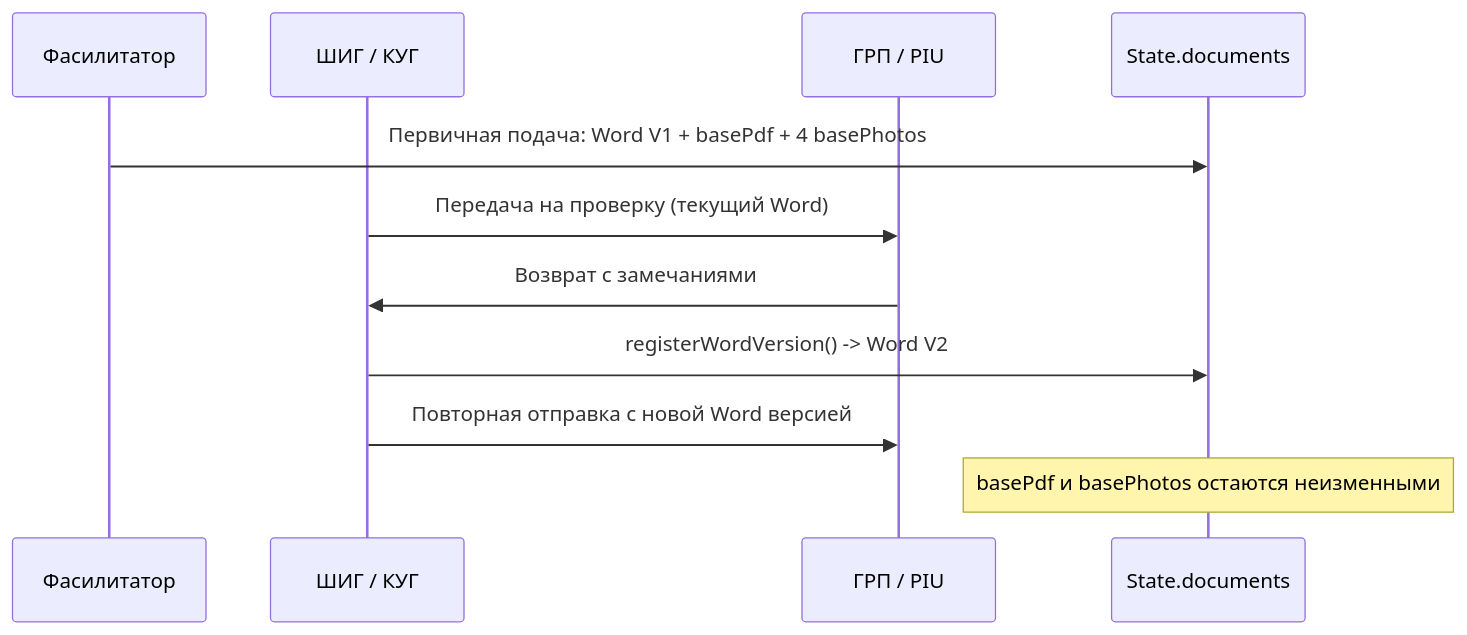
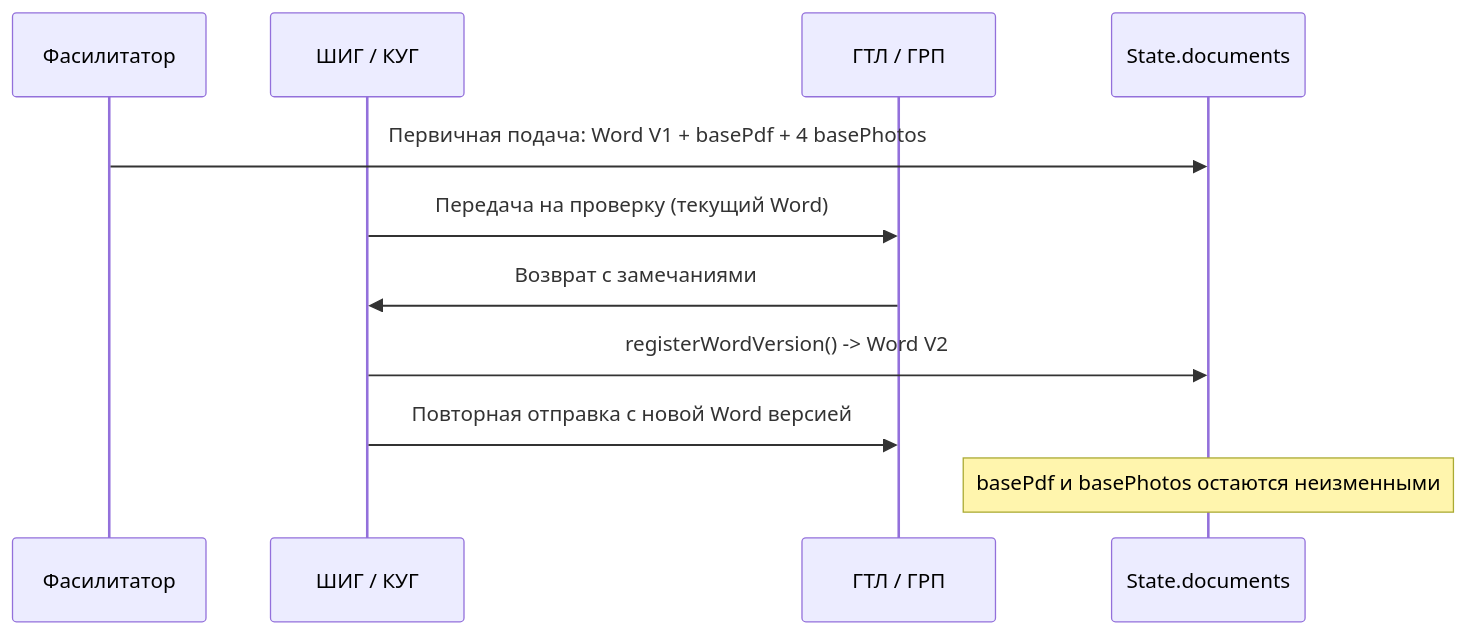
One commit to firka-kh/eip-test changed diagram 11 of 13 in docs/BUSINESS-PROCESSES.md. Above: the diagram before and after it, drawn with Mermaid. The commit also changed other lines of this file and 11 other files, not shown here.

````diff
--- a/docs/BUSINESS-PROCESSES.md
+++ b/docs/BUSINESS-PROCESSES.md
@@ -471,15 +471,15 @@
 ```mermaid
 sequenceDiagram
     participant F as Фасилитатор
     participant G as ШИГ / КУГ
-    participant P as ГРП / PIU
+    participant P as ГТЛ / ГРП
     participant ST as State.documents
 
     F->>ST: Первичная подача: Word V1 + basePdf + 4 basePhotos
     G->>P: Передача на проверку (текущий Word)
     P->>G: Возврат с замечаниями
     G->>ST: registerWordVersion() -> Word V2
     G->>P: Повторная отправка с новой Word версией
 
     Note over ST: basePdf и basePhotos остаются неизменными
 ```
````
